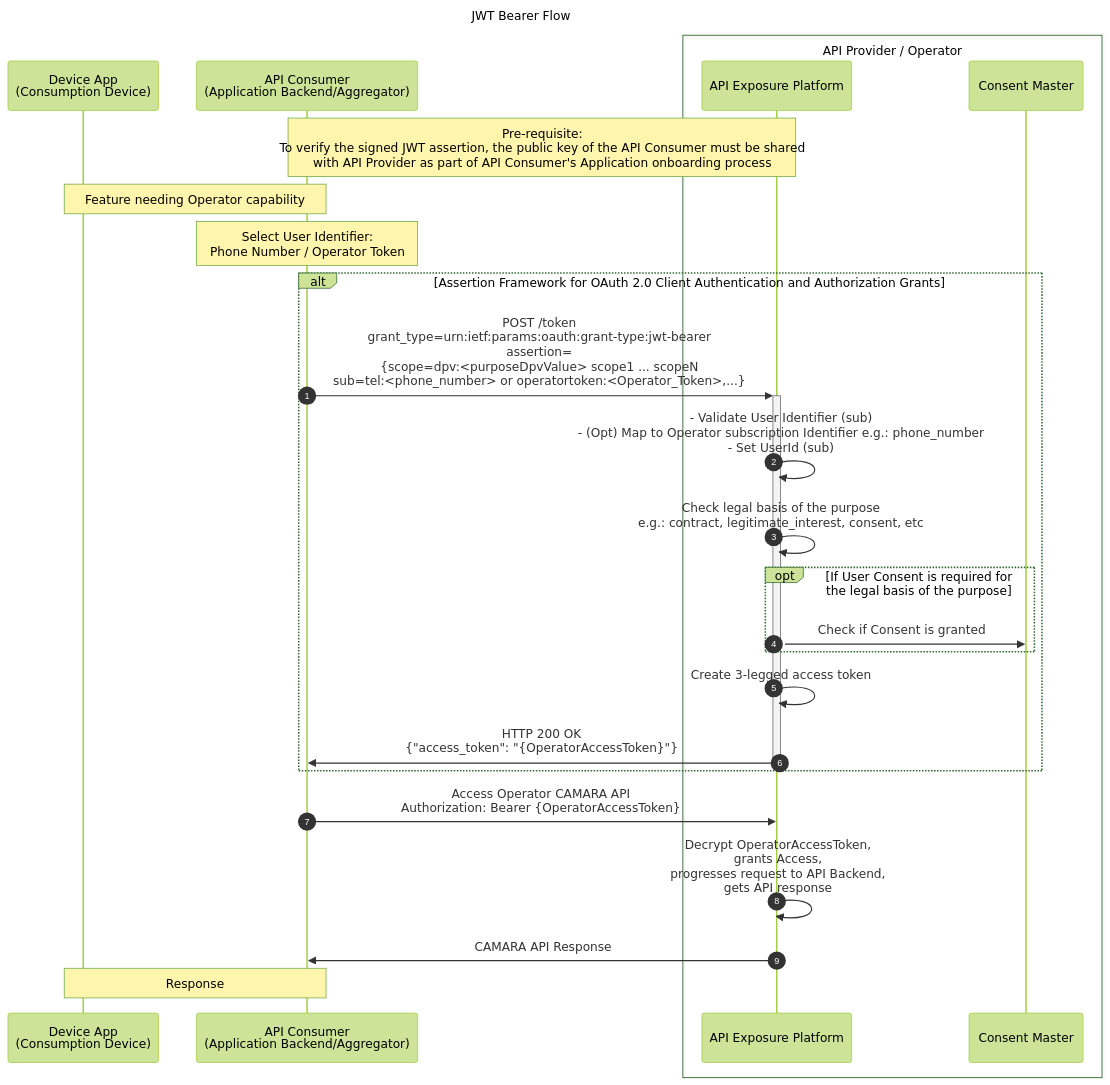
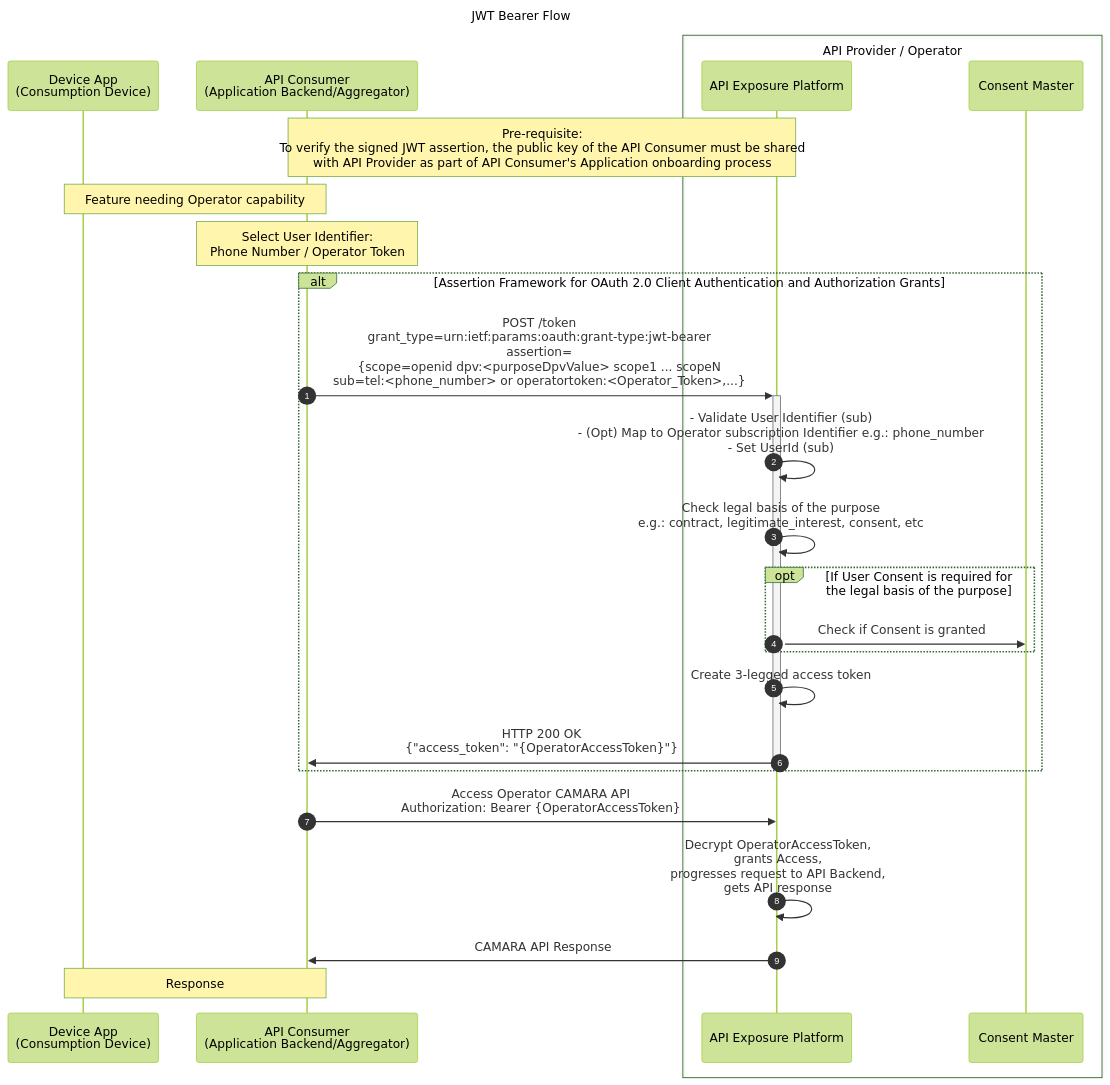
One commit to camaraproject/IdentityAndConsentManagement changed the fourth of 4 diagrams in documentation/CAMARA-API-access-and-user-consent.md. Above: the diagram before and after it, drawn with Mermaid (forest theme). The commit also changed other lines of this file, not shown here.

````diff
--- a/documentation/CAMARA-API-access-and-user-consent.md
+++ b/documentation/CAMARA-API-access-and-user-consent.md
@@ -352,29 +352,29 @@
 ```mermaid
 sequenceDiagram
 autonumber
 title JWT Bearer Flow
 participant FE as Device App<br>(Consumption Device)
 participant BE as API Consumer<br>(Application Backend/Aggregator)
 box API Provider / Operator
   participant ExpO as API Exposure Platform  
   participant Consent as Consent Master
 end
 Note over BE,ExpO: Pre-requisite:<br> To verify the signed JWT assertion, the public key of the API Consumer must be shared<br> with API Provider as part of API Consumer's Application onboarding process
 Note over FE,BE: Feature needing Operator capability  
 Note over BE: Select User Identifier:<br> Phone Number / Operator Token
 
 alt Assertion Framework for OAuth 2.0 Client Authentication and Authorization Grants
-    BE->>+ExpO: POST /token<br>grant_type=urn:ietf:params:oauth:grant-type:jwt-bearer<br>assertion=<br>{scope=dpv:<purposeDpvValue> scope1 ... scopeN<br>sub=tel:<phone_number> or operatortoken:<Operator_Token>,...}
+    BE->>+ExpO: POST /token<br>grant_type=urn:ietf:params:oauth:grant-type:jwt-bearer<br>assertion=<br>{scope=openid dpv:<purposeDpvValue> scope1 ... scopeN<br>sub=tel:<phone_number> or operatortoken:<Operator_Token>,...}
     ExpO->>ExpO: - Validate User Identifier (sub)<br>- (Opt) Map to Operator subscription Identifier e.g.: phone_number<br>- Set UserId (sub)
     ExpO->>ExpO: Check legal basis of the purpose<br>e.g.: contract, legitimate_interest, consent, etc
     opt If User Consent is required for the legal basis of the purpose  
         ExpO->>Consent: Check if Consent is granted
     end
     ExpO->>ExpO: Create 3-legged access token
     ExpO->>-BE: HTTP 200 OK<br>{"access_token": "{OperatorAccessToken}"}
 end
 BE->>ExpO: Access Operator CAMARA API<br>Authorization: Bearer {OperatorAccessToken}    
 ExpO->>ExpO: Decrypt OperatorAccessToken,<br>grants Access,<br>progresses request to API Backend,<br>gets API response  
 ExpO->>BE: CAMARA API Response
 Note over BE,FE: Response
 ```
````
